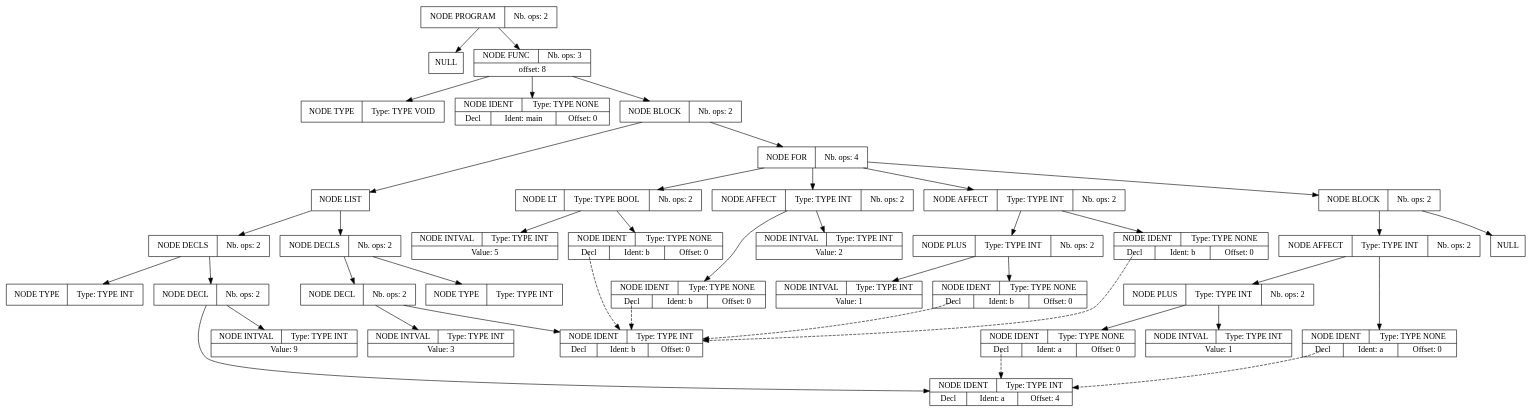
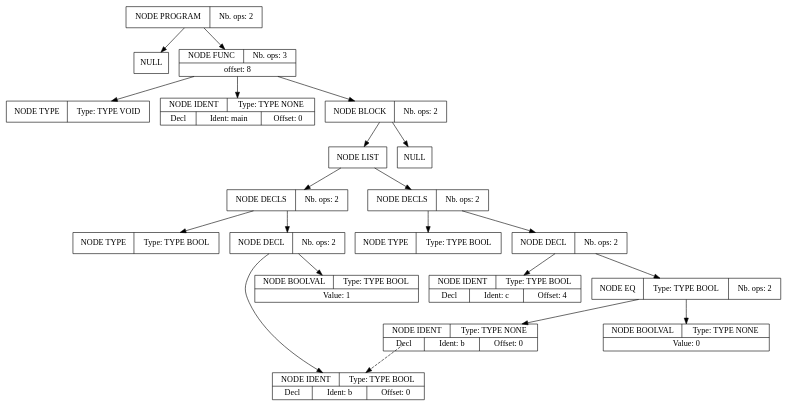
Before and after one commit to Youssefch05/Projet_compilation: the diagram in apres_passe_1.dot, drawn with Graphviz. The commit also changed 6 other files, not shown here.

```diff
--- a/apres_passe_1.dot
+++ b/apres_passe_1.dot
@@ -1,120 +1,62 @@
 digraph global_vars {
     N1 [shape=record, label="{{NODE PROGRAM|Nb. ops: 2}}"];
     N2 [shape=record, label="{{NULL}}"];
     edge[tailclip=true];
     N1 -> N2
     N3 [shape=record, label="{{NODE FUNC|Nb. ops: 3}|{offset: 8}}"];
     N4 [shape=record, label="{{NODE TYPE|Type: TYPE VOID}}"];
     edge[tailclip=true];
     N3 -> N4
     N5 [shape=record, label="{{NODE IDENT|Type: TYPE NONE}|{<decl>Decl      |Ident: main|Offset: 0}}"];
     edge[tailclip=true];
     N3 -> N5
     N6 [shape=record, label="{{NODE BLOCK|Nb. ops: 2}}"];
     N7 [shape=record, label="{{NODE LIST}}"];
     N8 [shape=record, label="{{NODE DECLS|Nb. ops: 2}}"];
-    N9 [shape=record, label="{{NODE TYPE|Type: TYPE INT}}"];
+    N9 [shape=record, label="{{NODE TYPE|Type: TYPE BOOL}}"];
     edge[tailclip=true];
     N8 -> N9
     N10 [shape=record, label="{{NODE DECL|Nb. ops: 2}}"];
-    N11 [shape=record, label="{{NODE IDENT|Type: TYPE INT}|{<decl>Decl      |Ident: b|Offset: 0}}"];
+    N11 [shape=record, label="{{NODE IDENT|Type: TYPE BOOL}|{<decl>Decl      |Ident: b|Offset: 0}}"];
     edge[tailclip=true];
     N10 -> N11
-    N12 [shape=record, label="{{NODE INTVAL|Type: TYPE INT}|{Value: 3}}"];
+    N12 [shape=record, label="{{NODE BOOLVAL|Type: TYPE BOOL}|{Value: 1}}"];
     edge[tailclip=true];
     N10 -> N12
     edge[tailclip=true];
     N8 -> N10
     edge[tailclip=true];
     N7 -> N8
     N13 [shape=record, label="{{NODE DECLS|Nb. ops: 2}}"];
-    N14 [shape=record, label="{{NODE TYPE|Type: TYPE INT}}"];
+    N14 [shape=record, label="{{NODE TYPE|Type: TYPE BOOL}}"];
     edge[tailclip=true];
     N13 -> N14
     N15 [shape=record, label="{{NODE DECL|Nb. ops: 2}}"];
-    N16 [shape=record, label="{{NODE IDENT|Type: TYPE INT}|{<decl>Decl      |Ident: a|Offset: 4}}"];
+    N16 [shape=record, label="{{NODE IDENT|Type: TYPE BOOL}|{<decl>Decl      |Ident: c|Offset: 4}}"];
     edge[tailclip=true];
     N15 -> N16
-    N17 [shape=record, label="{{NODE INTVAL|Type: TYPE INT}|{Value: 9}}"];
+    N17 [shape=record, label="{{NODE EQ|Type: TYPE BOOL|Nb. ops: 2}}"];
+    N18 [shape=record, label="{{NODE IDENT|Type: TYPE NONE}|{<decl>Decl      |Ident: b|Offset: 0}}"];
+    edge[tailclip=false];
+    "N18":decl:c -> "N11" [style=dashed]
+    edge[tailclip=true];
+    N17 -> N18
+    N19 [shape=record, label="{{NODE BOOLVAL|Type: TYPE NONE}|{Value: 0}}"];
+    edge[tailclip=true];
+    N17 -> N19
     edge[tailclip=true];
     N15 -> N17
     edge[tailclip=true];
     N13 -> N15
     edge[tailclip=true];
     N7 -> N13
     edge[tailclip=true];
     N6 -> N7
-    N18 [shape=record, label="{{NODE FOR|Nb. ops: 4}}"];
-    N19 [shape=record, label="{{NODE AFFECT|Type: TYPE INT|Nb. ops: 2}}"];
-    N20 [shape=record, label="{{NODE IDENT|Type: TYPE NONE}|{<decl>Decl      |Ident: b|Offset: 0}}"];
-    edge[tailclip=false];
-    "N20":decl:c -> "N11" [style=dashed]
+    N20 [shape=record, label="{{NULL}}"];
     edge[tailclip=true];
-    N19 -> N20
-    N21 [shape=record, label="{{NODE INTVAL|Type: TYPE INT}|{Value: 2}}"];
-    edge[tailclip=true];
-    N19 -> N21
-    edge[tailclip=true];
-    N18 -> N19
-    N22 [shape=record, label="{{NODE LT|Type: TYPE BOOL|Nb. ops: 2}}"];
-    N23 [shape=record, label="{{NODE IDENT|Type: TYPE NONE}|{<decl>Decl      |Ident: b|Offset: 0}}"];
-    edge[tailclip=false];
-    "N23":decl:c -> "N11" [style=dashed]
-    edge[tailclip=true];
-    N22 -> N23
-    N24 [shape=record, label="{{NODE INTVAL|Type: TYPE INT}|{Value: 5}}"];
-    edge[tailclip=true];
-    N22 -> N24
-    edge[tailclip=true];
-    N18 -> N22
-    N25 [shape=record, label="{{NODE AFFECT|Type: TYPE INT|Nb. ops: 2}}"];
-    N26 [shape=record, label="{{NODE IDENT|Type: TYPE NONE}|{<decl>Decl      |Ident: b|Offset: 0}}"];
-    edge[tailclip=false];
-    "N26":decl:c -> "N11" [style=dashed]
-    edge[tailclip=true];
-    N25 -> N26
-    N27 [shape=record, label="{{NODE PLUS|Type: TYPE INT|Nb. ops: 2}}"];
-    N28 [shape=record, label="{{NODE IDENT|Type: TYPE NONE}|{<decl>Decl      |Ident: b|Offset: 0}}"];
-    edge[tailclip=false];
-    "N28":decl:c -> "N11" [style=dashed]
-    edge[tailclip=true];
-    N27 -> N28
-    N29 [shape=record, label="{{NODE INTVAL|Type: TYPE INT}|{Value: 1}}"];
-    edge[tailclip=true];
-    N27 -> N29
-    edge[tailclip=true];
-    N25 -> N27
-    edge[tailclip=true];
-    N18 -> N25
-    N30 [shape=record, label="{{NODE BLOCK|Nb. ops: 2}}"];
-    N31 [shape=record, label="{{NULL}}"];
-    edge[tailclip=true];
-    N30 -> N31
-    N32 [shape=record, label="{{NODE AFFECT|Type: TYPE INT|Nb. ops: 2}}"];
-    N33 [shape=record, label="{{NODE IDENT|Type: TYPE NONE}|{<decl>Decl      |Ident: a|Offset: 0}}"];
-    edge[tailclip=false];
-    "N33":decl:c -> "N16" [style=dashed]
-    edge[tailclip=true];
-    N32 -> N33
-    N34 [shape=record, label="{{NODE PLUS|Type: TYPE INT|Nb. ops: 2}}"];
-    N35 [shape=record, label="{{NODE IDENT|Type: TYPE NONE}|{<decl>Decl      |Ident: a|Offset: 0}}"];
-    edge[tailclip=false];
-    "N35":decl:c -> "N16" [style=dashed]
-    edge[tailclip=true];
-    N34 -> N35
-    N36 [shape=record, label="{{NODE INTVAL|Type: TYPE INT}|{Value: 1}}"];
-    edge[tailclip=true];
-    N34 -> N36
-    edge[tailclip=true];
-    N32 -> N34
-    edge[tailclip=true];
-    N30 -> N32
-    edge[tailclip=true];
-    N18 -> N30
-    edge[tailclip=true];
-    N6 -> N18
+    N6 -> N20
     edge[tailclip=true];
     N3 -> N6
     edge[tailclip=true];
     N1 -> N3
 }
```
